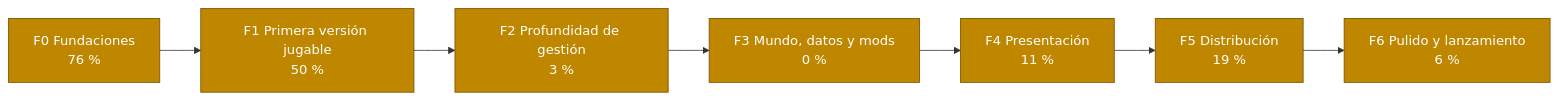
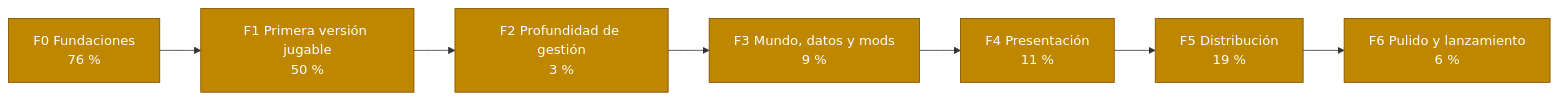
One commit to dariogea/BM27 changed the second of 2 diagrams in docs/roadmap.md. Above: the diagram before and after it, drawn with Mermaid. The commit also changed other lines of this file and 32 other files, not shown here.

````diff
--- a/docs/roadmap.md
+++ b/docs/roadmap.md
@@ -50,21 +50,21 @@
 ```mermaid
 flowchart LR
   F0["F0 Fundaciones<br/>76 %"]
   F1["F1 Primera versión jugable<br/>50 %"]
   F2["F2 Profundidad de gestión<br/>3 %"]
-  F3["F3 Mundo, datos y mods<br/>0 %"]
+  F3["F3 Mundo, datos y mods<br/>9 %"]
   F4["F4 Presentación<br/>11 %"]
   F5["F5 Distribución<br/>19 %"]
   F6["F6 Pulido y lanzamiento<br/>6 %"]
   F0 --> F1 --> F2 --> F3 --> F4 --> F5 --> F6
   classDef hecho fill:#2da44e,color:#fff,stroke:#1a7f37;
   classDef curso fill:#bf8700,color:#fff,stroke:#7d4e00;
   classDef pendiente fill:#eaeef2,color:#24292f,stroke:#8c959f;
   class F0 curso;
   class F1 curso;
   class F2 curso;
   class F3 curso;
   class F4 curso;
   class F5 curso;
   class F6 curso;
 ```
````
